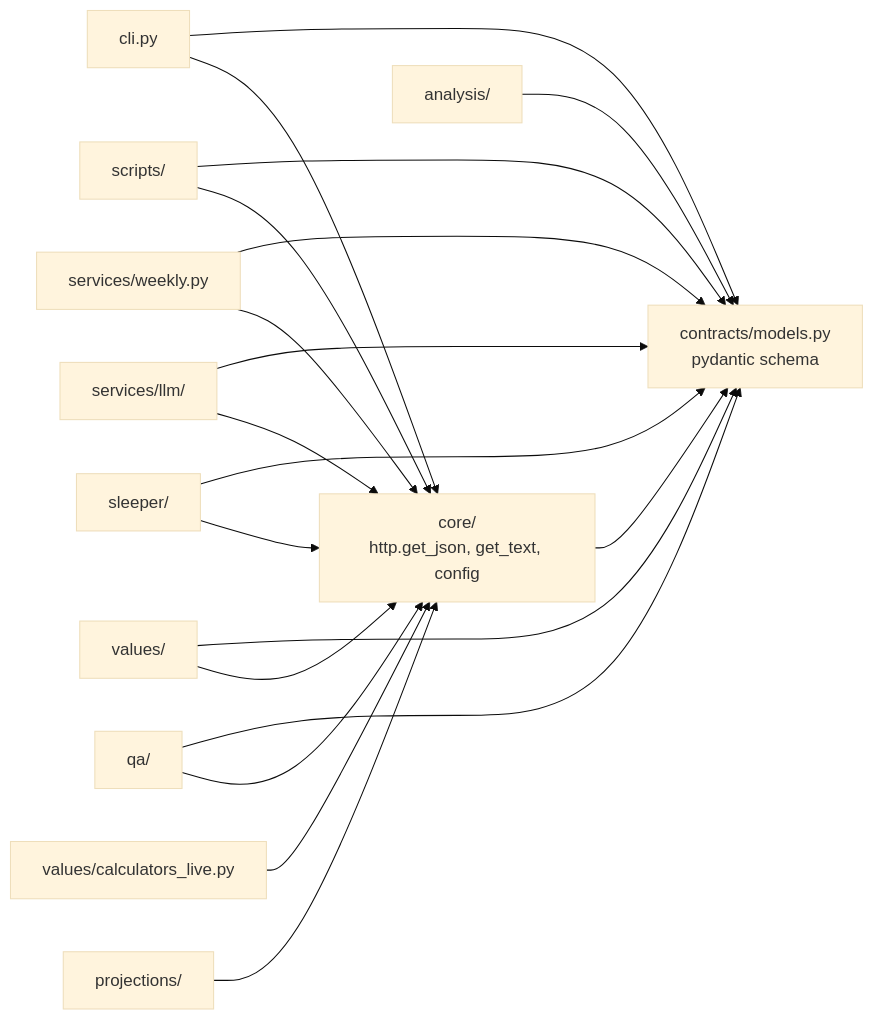
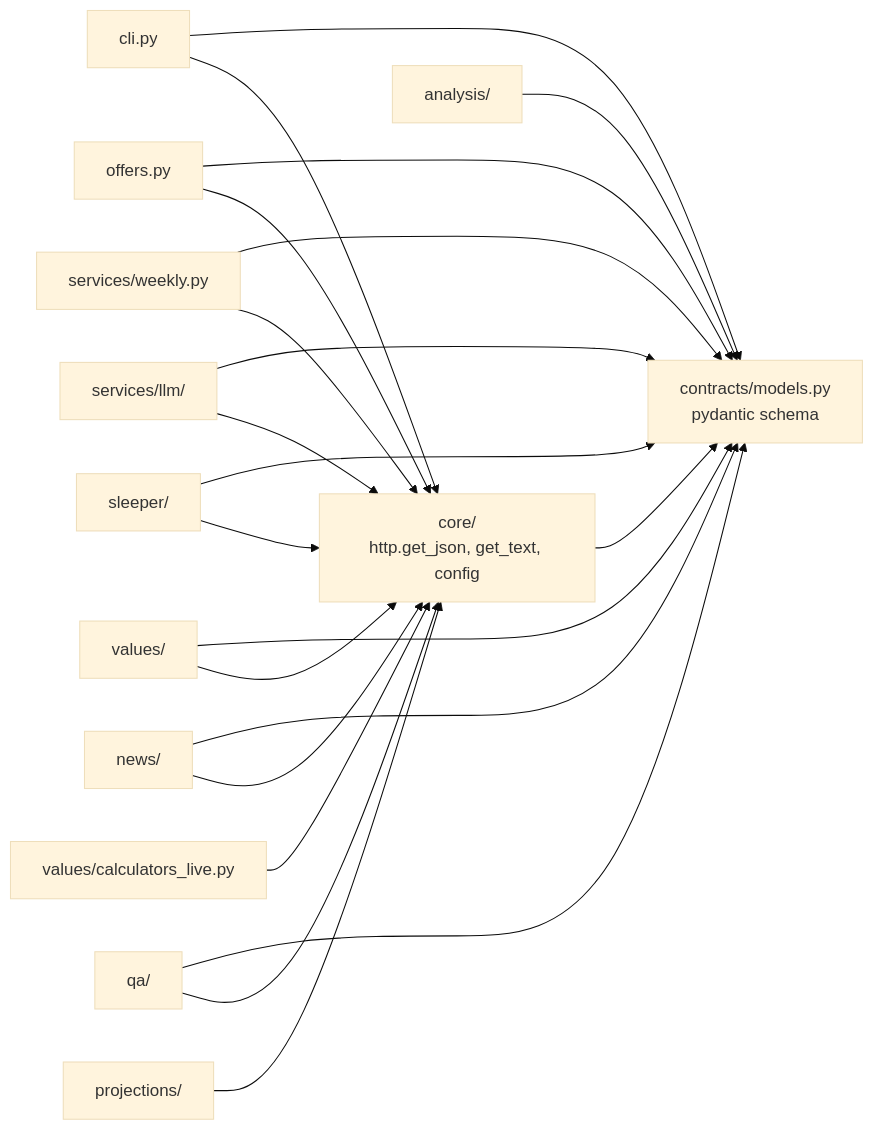
Before and after one commit to savvides/ff: the third of 7 diagrams in docs/architecture.md, drawn with Mermaid (base theme). The commit also changed other lines of this file and 10 other files, not shown here.

````diff
--- a/docs/architecture.md
+++ b/docs/architecture.md
@@ -119,17 +115,18 @@
 ```mermaid
 flowchart LR
   contracts["contracts/models.py<br/>pydantic schema"]
   core["core/<br/>http.get_json, get_text, config"]
   cli["cli.py"]
-  scripts["scripts/"]
+  offers["offers.py"]
   weekly["services/weekly.py"]
   llm["services/llm/"]
   sleeper["sleeper/"]
   values["values/"]
   calclive["values/calculators_live.py"]
   projections["projections/"]
+  news["news/"]
   analysis["analysis/"]
   qa["qa/"]
-  cli & scripts & weekly & llm & sleeper & values & analysis & qa & core --> contracts
-  cli & scripts & weekly & llm & calclive & sleeper & values & projections & qa --> core
+  cli & offers & weekly & llm & sleeper & values & news & analysis & qa & core --> contracts
+  cli & offers & weekly & llm & calclive & sleeper & values & projections & news & qa --> core
 ```
````
